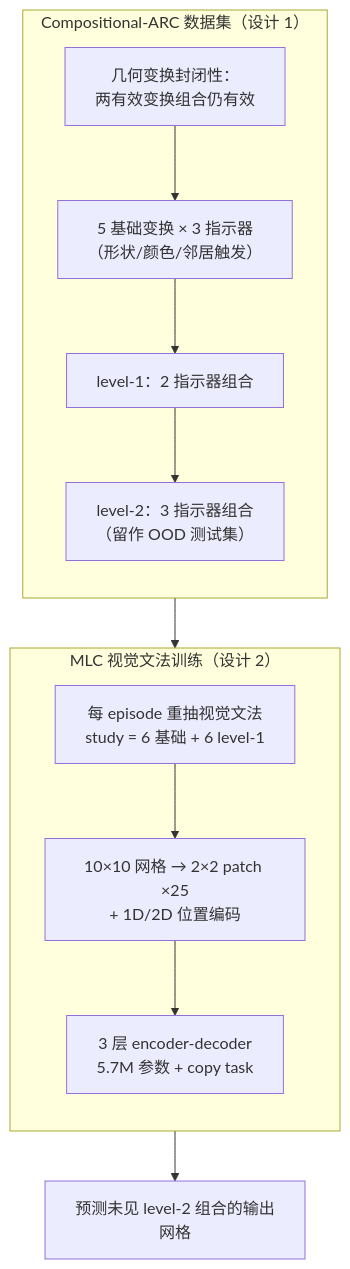
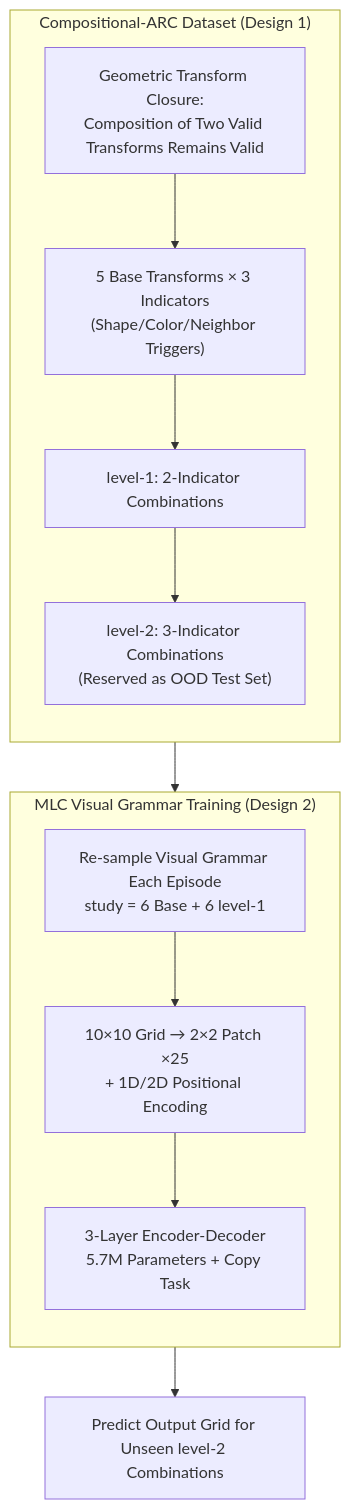
One commit to zhaoyang97/Paper-Notes-en changed the diagram in docs/ICLR2026/llm_nlp/compositional-arc_assessing_systematic_generalization_in_abstract_spatial_reason.md. Above: the diagram before and after it, drawn with Mermaid. The commit also changed 644 other files, not shown here.

````diff
--- a/docs/ICLR2026/llm_nlp/compositional-arc_assessing_systematic_generalization_in_abstract_spatial_reason.md
+++ b/docs/ICLR2026/llm_nlp/compositional-arc_assessing_systematic_generalization_in_abstract_spatial_reason.md
@@ -51,16 +51,16 @@
 ```mermaid
 %%{init: {'flowchart': {'rankSpacing': 24, 'nodeSpacing': 28, 'padding': 6, 'wrappingWidth': 400, 'subGraphTitleMargin': {'top': 8, 'bottom': 16}}}%%
 flowchart TD
-    subgraph DATA["Compositional-ARC 数据集（设计 1）"]
+    subgraph DATA["Compositional-ARC Dataset (Design 1)"]
         direction TB
-        A["几何变换封闭性：<br/>两有效变换组合仍有效"] --> B["5 基础变换 × 3 指示器<br/>（形状/颜色/邻居触发）"]
-        B --> C["level-1：2 指示器组合"] --> D["level-2：3 指示器组合<br/>（留作 OOD 测试集）"]
+        A["Geometric Transform Closure:<br/>Composition of Two Valid Transforms Remains Valid"] --> B["5 Base Transforms × 3 Indicators<br/>(Shape/Color/Neighbor Triggers)"]
+        B --> C["level-1: 2-Indicator Combinations"] --> D["level-2: 3-Indicator Combinations<br/>(Reserved as OOD Test Set)"]
     end
-    subgraph MLC["MLC 视觉文法训练（设计 2）"]
+    subgraph MLC["MLC Visual Grammar Training (Design 2)"]
         direction TB
-        E["每 episode 重抽视觉文法<br/>study = 6 基础 + 6 level-1"] --> F["10×10 网格 → 2×2 patch ×25<br/>+ 1D/2D 位置编码"]
-        F --> G["3 层 encoder-decoder<br/>5.7M 参数 + copy task"]
+        E["Re-sample Visual Grammar Each Episode<br/>study = 6 Base + 6 level-1"] --> F["10×10 Grid → 2×2 Patch ×25<br/>+ 1D/2D Positional Encoding"]
+        F --> G["3-Layer Encoder-Decoder<br/>5.7M Parameters + Copy Task"]
     end
     D --> E
-    G --> H["预测未见 level-2 组合的输出网格"]
+    G --> H["Predict Output Grid for Unseen level-2 Combinations"]
 ```
````
